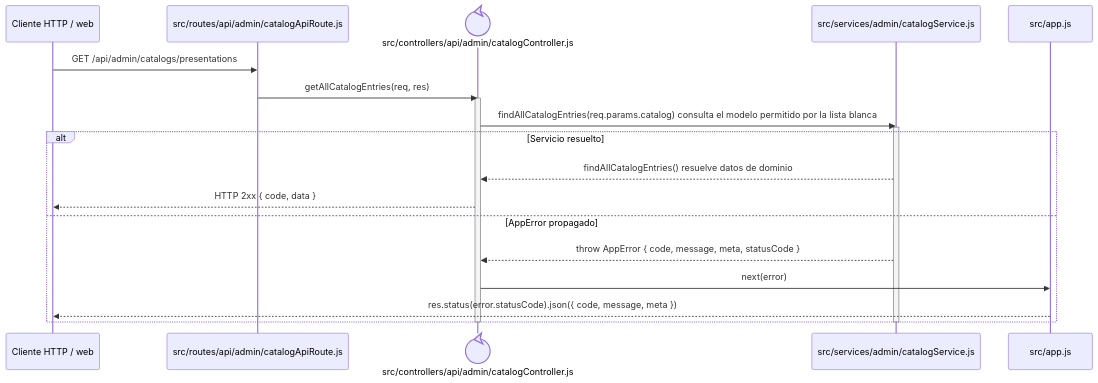
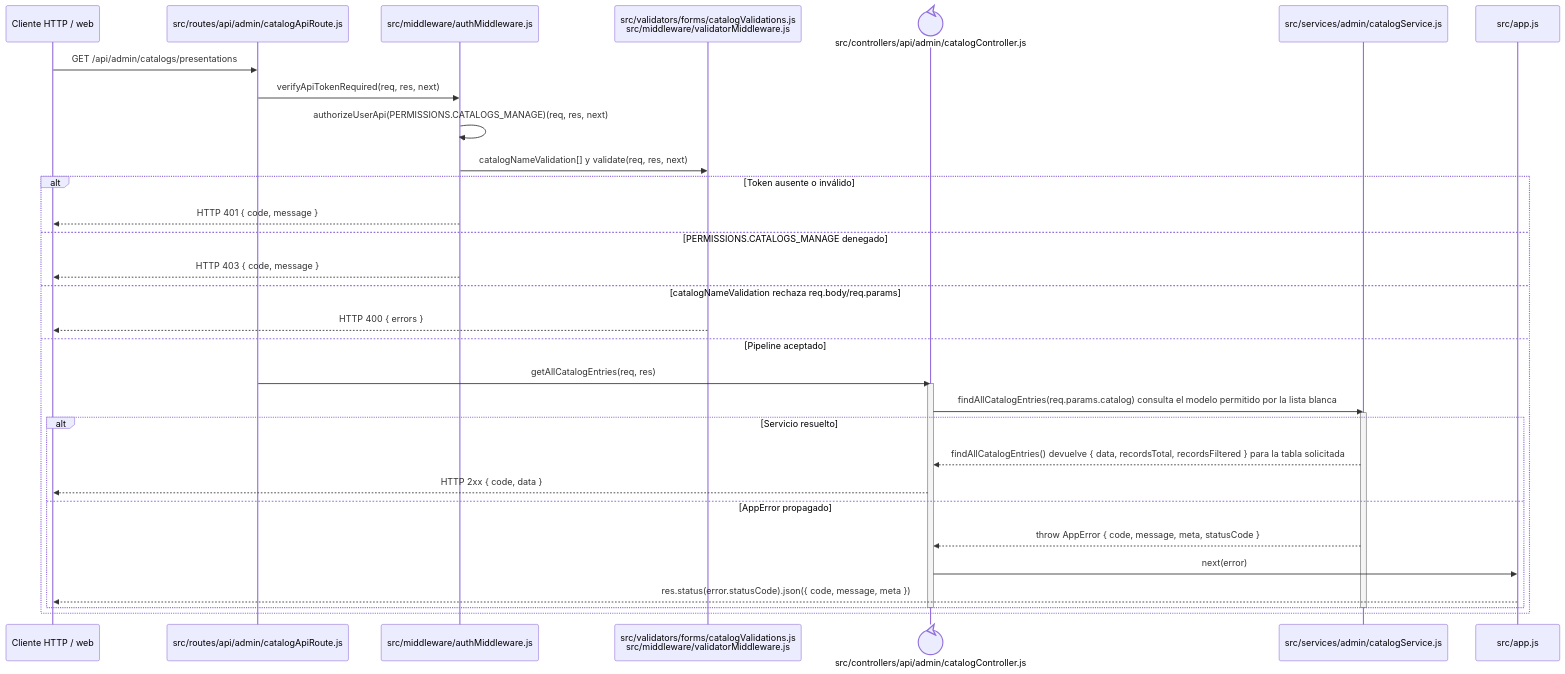
The diagram in docs/architecture/backend-code-sequences/catalogs/cu-cat-15.md (gpgsistemas01/nexus), drawn with Mermaid before and after one commit. The commit also changed 102 other files, not shown here.

````diff
--- a/docs/architecture/backend-code-sequences/catalogs/cu-cat-15.md
+++ b/docs/architecture/backend-code-sequences/catalogs/cu-cat-15.md
@@ -6,24 +6,37 @@
 ```mermaid
 sequenceDiagram
     participant Client as Cliente HTTP / web
     participant Route as src/routes/api/admin/catalogApiRoute.js
+    participant Auth as src/middleware/authMiddleware.js
+    participant Validator as src/validators/forms/catalogValidations.js<br/>src/middleware/validatorMiddleware.js
     participant Controller@{ "type": "control" } as src/controllers/api/admin/catalogController.js
     participant Domain as src/services/admin/catalogService.js
     participant ErrorHandler as src/app.js
 
     Client->>Route: GET /api/admin/catalogs/presentations
-    Route->>Controller: getAllCatalogEntries(req, res)
-    activate Controller
-    Controller->>Domain: findAllCatalogEntries(req.params.catalog) consulta el modelo permitido por la lista blanca
-    activate Domain
-    alt Servicio resuelto
-        Domain-->>Controller: findAllCatalogEntries() resuelve datos de dominio
-        Controller-->>Client: HTTP 2xx { code, data }
-    else AppError propagado
-        Domain-->>Controller: throw AppError { code, message, meta, statusCode }
-        Controller->>ErrorHandler: next(error)
-        ErrorHandler-->>Client: res.status(error.statusCode).json({ code, message, meta })
+    Route->>Auth: verifyApiTokenRequired(req, res, next)
+    Auth->>Auth: authorizeUserApi(PERMISSIONS.CATALOGS_MANAGE)(req, res, next)
+    Auth->>Validator: catalogNameValidation[] y validate(req, res, next)
+    alt Token ausente o inválido
+        Auth-->>Client: HTTP 401 { code, message }
+    else PERMISSIONS.CATALOGS_MANAGE denegado
+        Auth-->>Client: HTTP 403 { code, message }
+    else catalogNameValidation rechaza req.body/req.params
+        Validator-->>Client: HTTP 400 { errors }
+    else Pipeline aceptado
+        Route->>Controller: getAllCatalogEntries(req, res)
+        activate Controller
+        Controller->>Domain: findAllCatalogEntries(req.params.catalog) consulta el modelo permitido por la lista blanca
+        activate Domain
+        alt Servicio resuelto
+            Domain-->>Controller: findAllCatalogEntries() devuelve { data, recordsTotal, recordsFiltered } para la tabla solicitada
+            Controller-->>Client: HTTP 2xx { code, data }
+        else AppError propagado
+            Domain-->>Controller: throw AppError { code, message, meta, statusCode }
+            Controller->>ErrorHandler: next(error)
+            ErrorHandler-->>Client: res.status(error.statusCode).json({ code, message, meta })
+        end
+        deactivate Domain
+        deactivate Controller
     end
-    deactivate Domain
-    deactivate Controller
 ```
````
